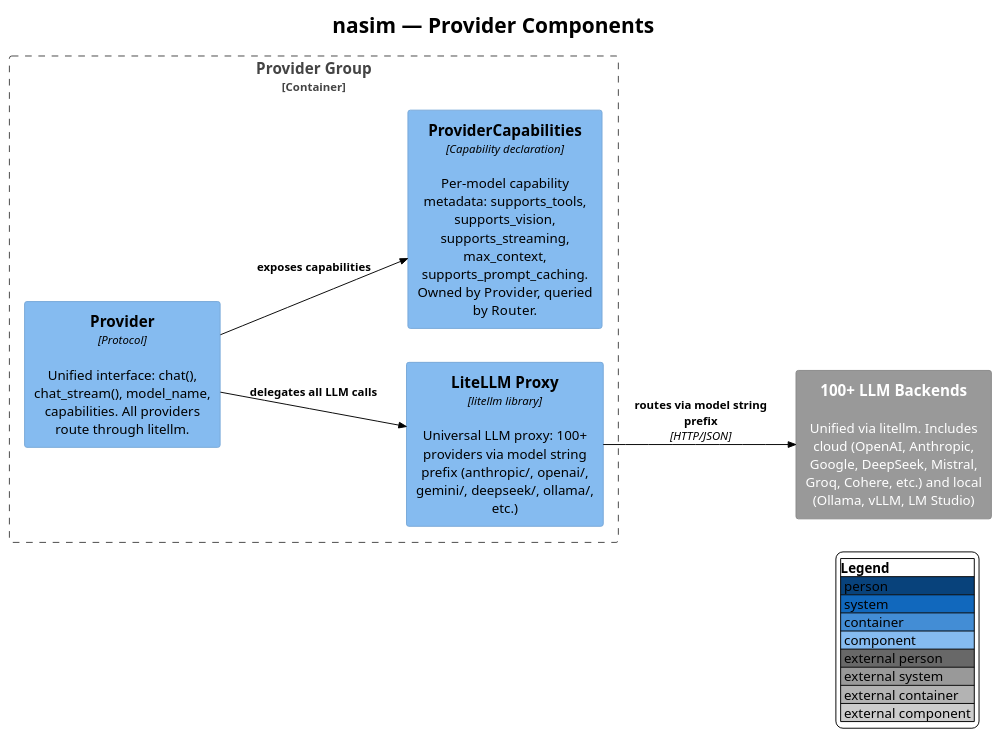
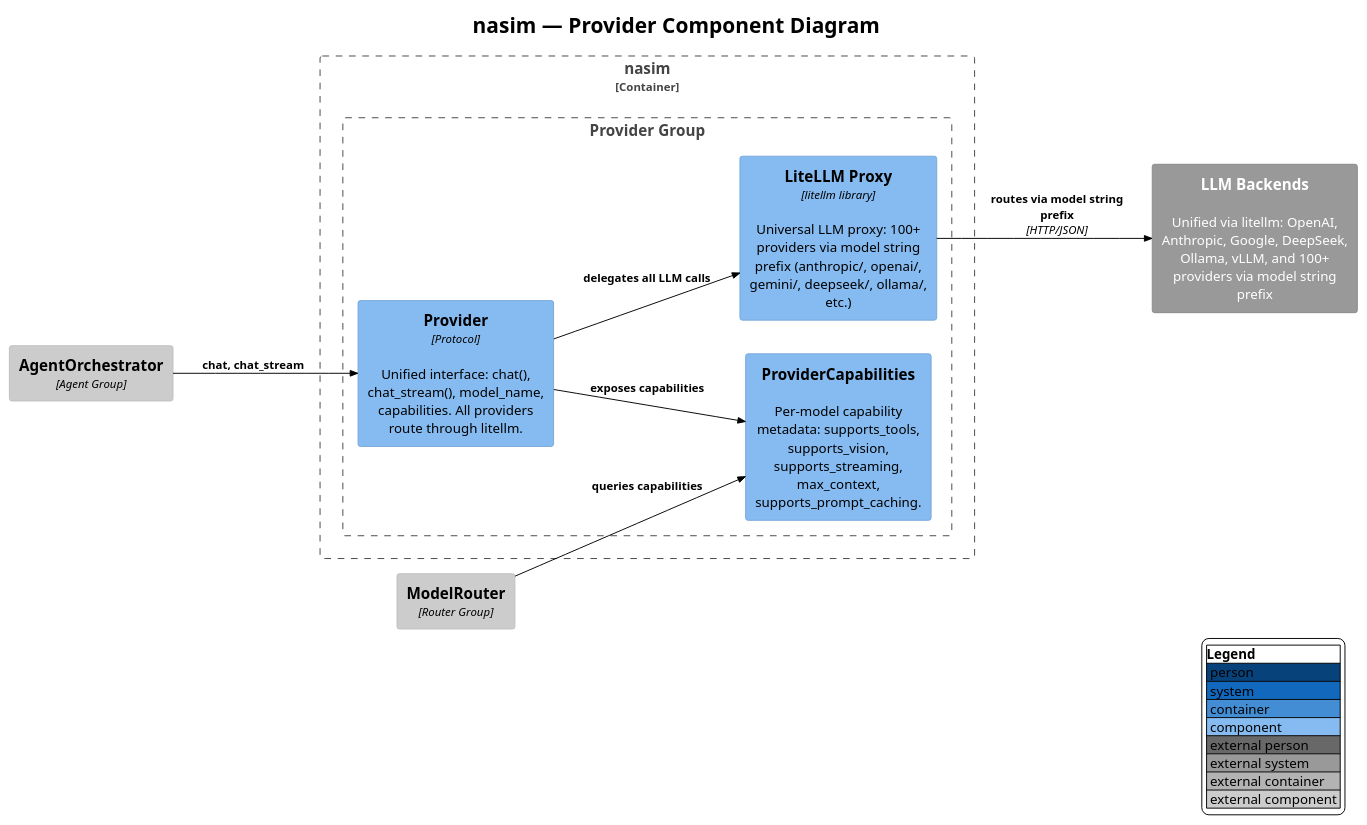
Before and after one commit to salimnamvar/nasim: the diagram in docs/C4/c4_nasim_component_provider.puml, drawn with PlantUML. The commit also changed 24 other files, not shown here.

First line of the commit message:
docs(c4): audit and fix all C4 diagrams to 9.0.0 standards

```diff
--- a/docs/C4/c4_nasim_component_provider.puml
+++ b/docs/C4/c4_nasim_component_provider.puml
@@ -1,47 +1,40 @@
-@startuml nasim_component_provider
+@startuml c4_nasim_component_provider
 !include https://raw.githubusercontent.com/plantuml-stdlib/C4-PlantUML/v2.10.0/C4_Component.puml
 !theme plain
 
 ' ============================================================
-' Title: nasim — Provider Component Diagram
-' Boundary: nasim core library — Provider group
-' Purpose: Universal LLM provider abstraction via litellm proxy (100+ providers)
+' Title:     nasim — Provider Component Diagram
+' Boundary:  nasim (container) — Provider Group
+' Purpose:   Provider Group: universal LLM abstraction via litellm.
+'            Provider is a Protocol — all LLM calls route through
+'            LiteLLM Proxy to 100+ backends without per-provider code.
 ' Milestone: v1.0
-' Version: 6.0.0
-' Source: docs/audit/audit.2026.06.20.deep.domain.audit.md
-' Review: —
+' Version:   9.0.0
+' Source:    docs/entities.md
+' Review:    —
 ' ============================================================
 
 LAYOUT_LEFT_RIGHT()
 LAYOUT_WITH_LEGEND()
 
-title nasim — Provider Components
+title nasim — Provider Component Diagram
 
-' ============================================================
-' Provider Group
-' ============================================================
-
-Container_Boundary(provider_boundary, "Provider Group") {
-
-    Component(provider, "Provider", "Protocol", "Unified interface: chat(), chat_stream(), model_name, capabilities. All providers route through litellm.")
-
-    Component(litellm_proxy, "LiteLLM Proxy", "litellm library", "Universal LLM proxy: 100+ providers via model string prefix (anthropic/, openai/, gemini/, deepseek/, ollama/, etc.)")
-
-    Component(provider_caps, "ProviderCapabilities", "Capability declaration", "Per-model capability metadata: supports_tools, supports_vision, supports_streaming, max_context, supports_prompt_caching. Owned by Provider, queried by Router.")
+Container_Boundary(nasim, "nasim") {
+    Boundary(provider_group, "Provider Group") {
+        Component(provider, "Provider", "Protocol", "Unified interface: chat(), chat_stream(), model_name, capabilities. All providers route through litellm.")
+        Component(litellm_proxy, "LiteLLM Proxy", "litellm library", "Universal LLM proxy: 100+ providers via model string prefix (anthropic/, openai/, gemini/, deepseek/, ollama/, etc.)")
+        Component(provider_caps, "ProviderCapabilities", "", "Per-model capability metadata: supports_tools, supports_vision, supports_streaming, max_context, supports_prompt_caching.")
+    }
 }
 
-' ============================================================
-' External: LLM Backends (consolidated — litellm routes to 100+)
-' ============================================================
+Component_Ext(agent_orch, "AgentOrchestrator", "Agent Group")
+Component_Ext(model_router, "ModelRouter", "Router Group")
+System_Ext(all_llm_backends, "LLM Backends", "Unified via litellm: OpenAI, Anthropic, Google, DeepSeek, Ollama, vLLM, and 100+ providers via model string prefix")
 
-System_Ext(all_llm_backends, "100+ LLM Backends", "Unified via litellm. Includes cloud (OpenAI, Anthropic, Google, DeepSeek, Mistral, Groq, Cohere, etc.) and local (Ollama, vLLM, LM Studio)")
-
-' ============================================================
-' Provider Relationships
-' ============================================================
-
+Rel(agent_orch, provider, "chat, chat_stream")
+Rel(model_router, provider_caps, "queries capabilities")
 Rel(provider, litellm_proxy, "delegates all LLM calls")
 Rel(provider, provider_caps, "exposes capabilities")
 Rel(litellm_proxy, all_llm_backends, "routes via model string prefix", "HTTP/JSON")
 
 @enduml
```
